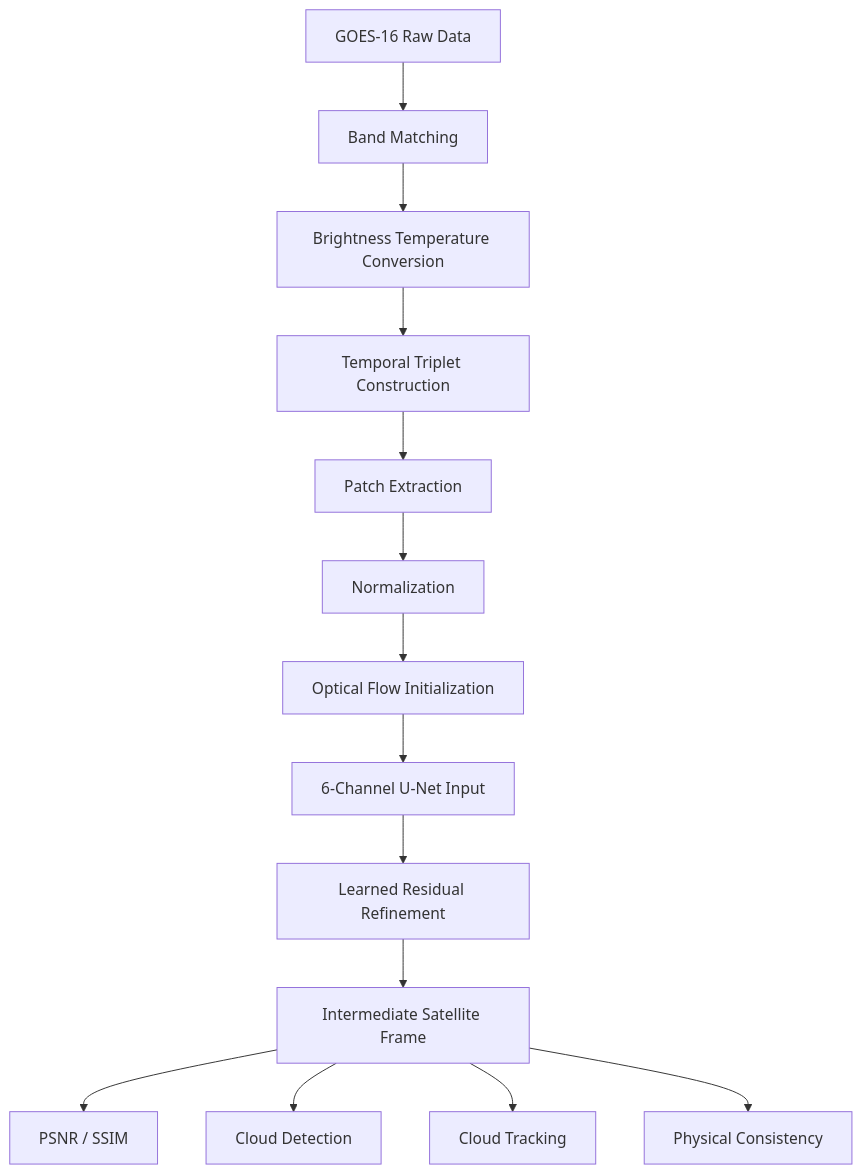
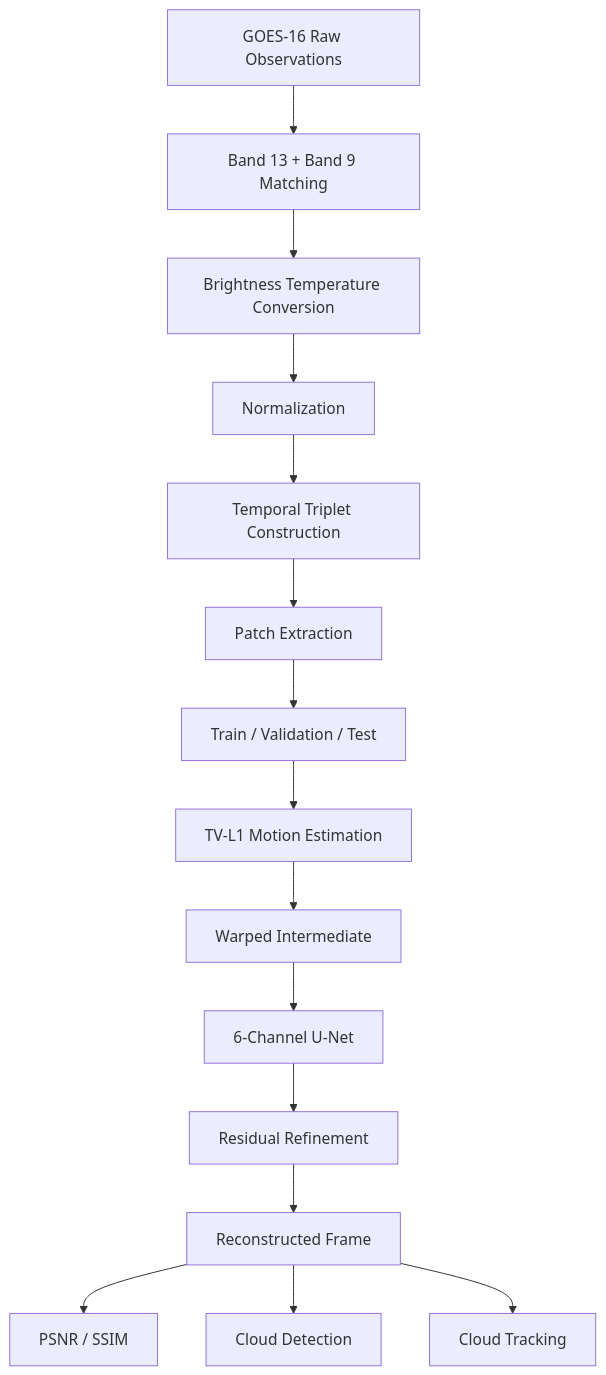
The tenth of 10 diagrams in README.md (SrimathiSubbiah/Increasing_Temporal_Resolution_Of_Geostationary_Satellite), drawn with Mermaid before and after one commit. The commit also changed other lines of this file, not shown here.

````diff
--- a/README.md
+++ b/README.md
@@ -406,30 +559,32 @@
 ```mermaid
 flowchart TD
 
-A[GOES-16 Raw Data]
---> B[Band Matching]
+    A["GOES-16 Raw Observations"]
+    --> B["Band 13 + Band 9 Matching"]
 
-B --> C[Brightness Temperature Conversion]
+    B --> C["Brightness Temperature Conversion"]
 
-C --> D[Temporal Triplet Construction]
+    C --> D["Normalization"]
 
-D --> E[Patch Extraction]
+    D --> E["Temporal Triplet Construction"]
 
-E --> F[Normalization]
+    E --> F["Patch Extraction"]
 
-F --> G[Optical Flow Initialization]
+    F --> G["Train / Validation / Test"]
 
-G --> H[6-Channel U-Net Input]
+    G --> H["TV-L1 Motion Estimation"]
 
-H --> I[Learned Residual Refinement]
+    H --> I["Warped Intermediate"]
 
-I --> J[Intermediate Satellite Frame]
+    I --> J["6-Channel U-Net"]
 
-J --> K[PSNR / SSIM]
+    J --> K["Residual Refinement"]
 
-J --> L[Cloud Detection]
+    K --> L["Reconstructed Frame"]
 
-J --> M[Cloud Tracking]
+    L --> M["PSNR / SSIM"]
 
-J --> N[Physical Consistency]
+    L --> N["Cloud Detection"]
+
+    L --> O["Cloud Tracking"]
 ```
````
